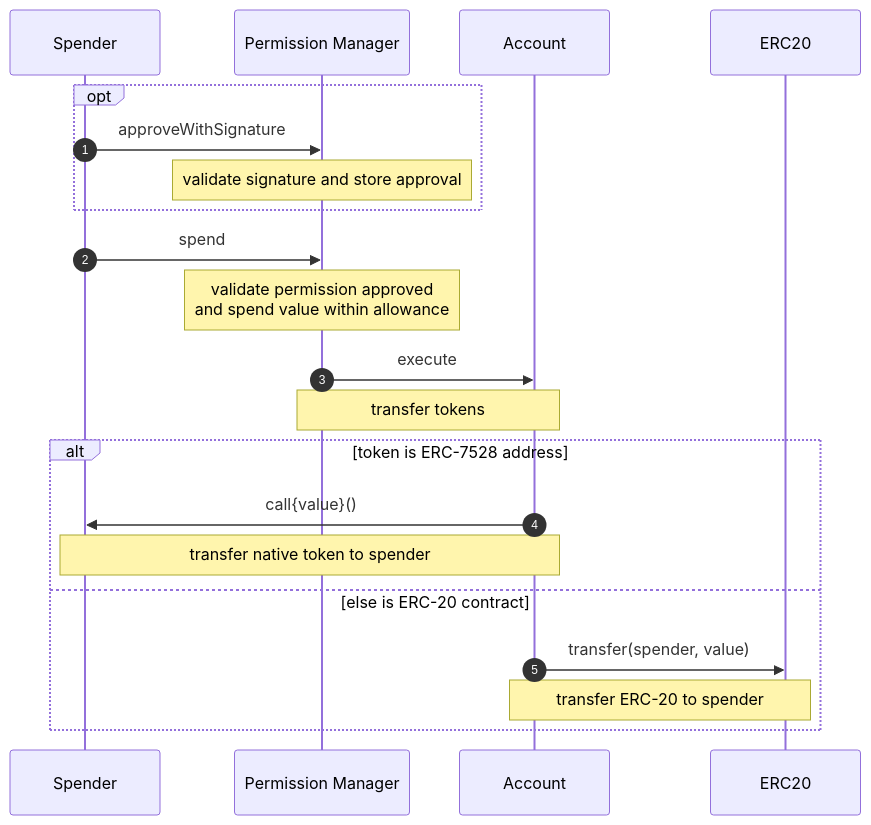
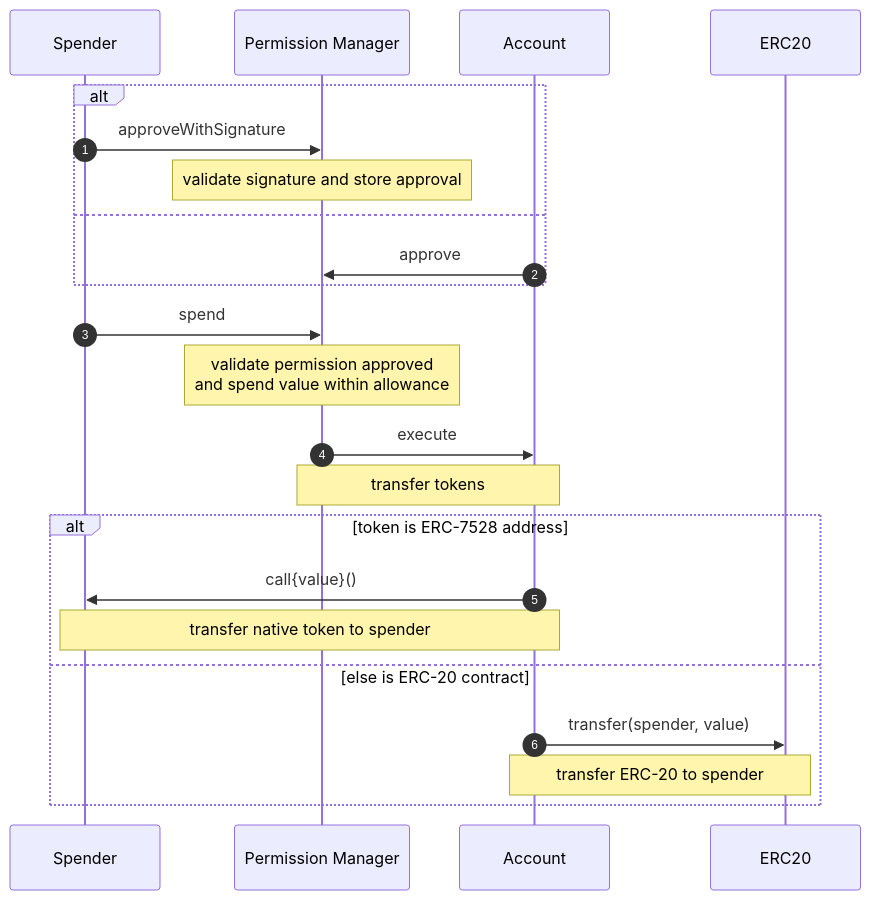
The diagram in docs/diagrams/spend.md (coinbase/spend-permissions), drawn with Mermaid before and after one commit. The commit also changed 2 other files, not shown here.

````diff
--- a/docs/diagrams/spend.md
+++ b/docs/diagrams/spend.md
@@ -9,24 +9,26 @@
 ```mermaid
 sequenceDiagram
     autonumber
     participant S as Spender
     participant PM as Permission Manager
     participant A as Account
     participant ERC20
 
-    opt
-        S->>PM: approveWithSignature
+    alt
+    S->>PM: approveWithSignature
     Note over PM: validate signature and store approval
+    else
+    A->>PM: approve
     end
     S->>PM: spend
     Note over PM: validate permission approved <br> and spend value within allowance
     PM->>A: execute
     Note over PM,A: transfer tokens
     alt token is ERC-7528 address
         A->>S: call{value}()
         Note over A,S: transfer native token to spender
     else else is ERC-20 contract
         A->>ERC20: transfer(spender, value)
         Note over A,ERC20: transfer ERC-20 to spender
     end
 ```
````
